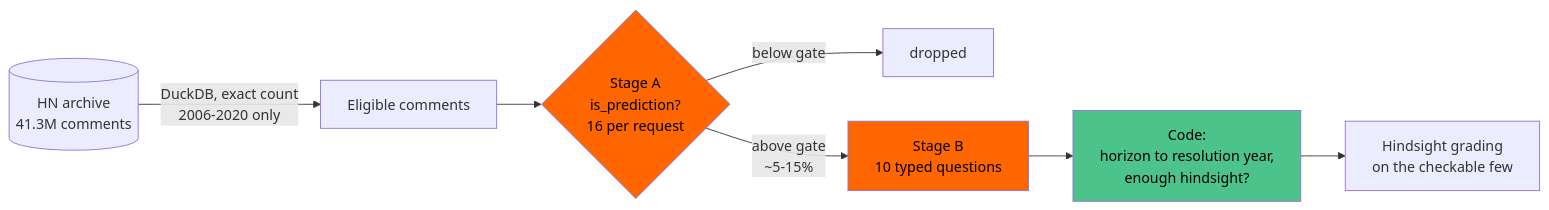
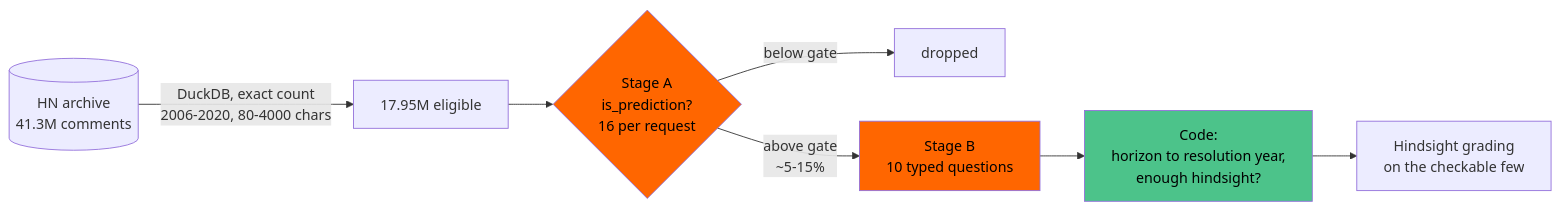
One commit to anthony-maio/hn-oracle changed the first of 3 diagrams in README.md. Above: the diagram before and after it, drawn with Mermaid. The commit also changed other lines of this file and 5 other files, not shown here.

````diff
--- a/README.md
+++ b/README.md
@@ -43,12 +43,12 @@
 ```mermaid
 flowchart LR
-    A[(HN archive<br/>41.3M comments)] -->|DuckDB, exact count<br/>2006-2020 only| B[Eligible comments]
+    A[(HN archive<br/>41.3M comments)] -->|DuckDB, exact count<br/>2006-2020, 80-4000 chars| B[17.95M eligible]
     B --> C{Stage A<br/>is_prediction?<br/>16 per request}
     C -->|below gate| X[dropped]
     C -->|above gate<br/>~5-15%| D[Stage B<br/>10 typed questions]
     D --> E[Code:<br/>horizon to resolution year,<br/>enough hindsight?]
     E --> F[Hindsight grading<br/>on the checkable few]
     style C fill:#ff6600,color:#000
     style D fill:#ff6600,color:#000
     style E fill:#4cc38a,color:#000
 ```
````
